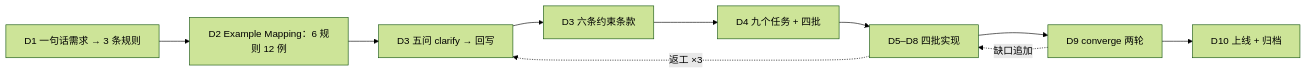
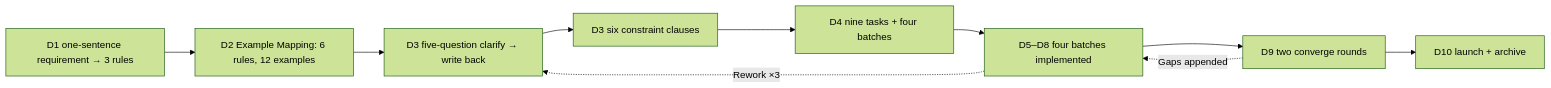
One commit to xzlxiao/vibe-coding-textbook changed the first of 2 diagrams in phase2/chapters/ch11-end-to-end.md. Above: the diagram before and after it, drawn with Mermaid (forest theme). The commit also changed other lines of this file and 15 other files, not shown here.

````diff
--- a/phase2/chapters/ch11-end-to-end.md
+++ b/phase2/chapters/ch11-end-to-end.md
@@ -48,12 +48,12 @@
 ```mermaid
 flowchart LR
-    D1["D1 一句话需求 → 3 条规则"] --> D2["D2 Example Mapping：6 规则 12 例"]
-    D2 --> D3["D3 五问 clarify → 回写"]
-    D3 --> D4["D3 六条约束条款"]
-    D4 --> D5["D4 九个任务 + 四批"]
-    D5 --> D6["D5–D8 四批实现"]
-    D6 --> D7["D9 converge 两轮"]
-    D7 --> D8["D10 上线 + 归档"]
-    D6 -.->|"返工 ×3"| D3
-    D7 -.->|"缺口追加"| D6
+    D1["D1 one-sentence requirement → 3 rules"] --> D2["D2 Example Mapping: 6 rules, 12 examples"]
+    D2 --> D3["D3 five-question clarify → write back"]
+    D3 --> D4["D3 six constraint clauses"]
+    D4 --> D5["D4 nine tasks + four batches"]
+    D5 --> D6["D5–D8 four batches implemented"]
+    D6 --> D7["D9 two converge rounds"]
+    D7 --> D8["D10 launch + archive"]
+    D6 -.->|"Rework ×3"| D3
+    D7 -.->|"Gaps appended"| D6
 ```
````
